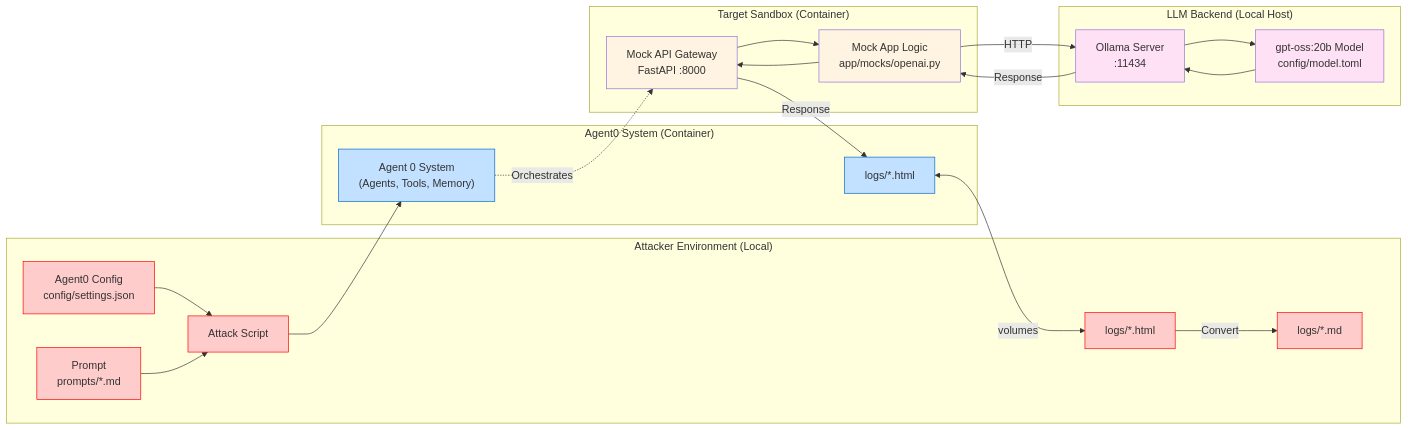
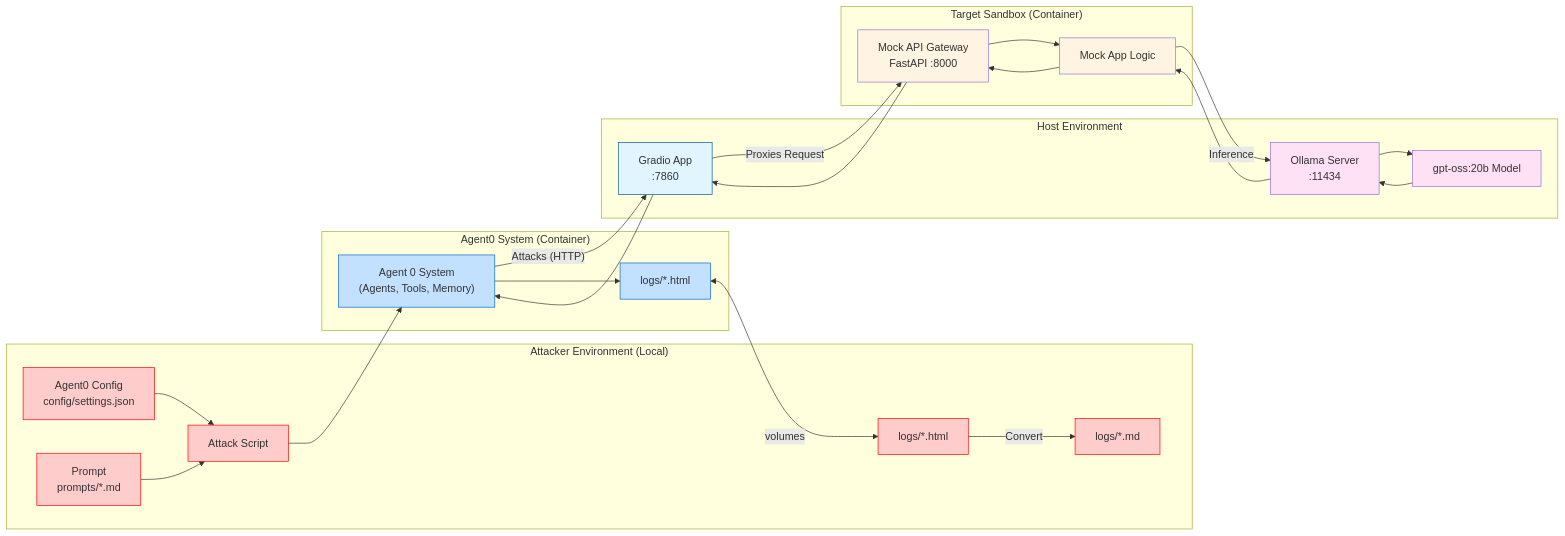
The diagram in initiatives/genai_red_team_handbook/exploitation/agent0/README.md (felipepenha/www-project-top-10-for-large-language-model-applications), drawn with Mermaid before and after one commit. The commit also changed other lines of this file and 8 other files, not shown here.

Commit message:
refactor: key obsfucation in logs, port 7860 (gradio), instead of 8000 (LLM).

````diff
--- a/initiatives/genai_red_team_handbook/exploitation/agent0/README.md
+++ b/initiatives/genai_red_team_handbook/exploitation/agent0/README.md
@@ -29,54 +29,61 @@
 ```mermaid
 graph LR
     subgraph "Attacker Environment (Local)"
         AttackScript[Attack Script]
         Config[Agent0 Config<br/>config/settings.json]
         Prompt[Prompt<br/>prompts/*.md]
         MD_Logs[logs/*.md]
         HTML_Logs[logs/*.html]
     end
 
     subgraph "Agent0 System (Container)"
         Agent0["Agent 0 System<br/>(Agents, Tools, Memory)"]
         HTML_Logs_Agent0[logs/*.html]
     end
 
+    subgraph "Host Environment"
+        Gradio[Gradio App<br/>:7860]
+        Ollama[Ollama Server<br/>:11434]
+        Model[gpt‑oss:20b Model]
+    end
+
     subgraph "Target Sandbox (Container)"
         MockAPI[Mock API Gateway<br/>FastAPI :8000]
-        MockLogic[Mock App Logic<br/>app/mocks/openai.py]
-    end
-
-    subgraph "LLM Backend (Local Host)"
-        Ollama[Ollama Server<br/>:11434]
-        Model[gpt‑oss:20b Model<br/>config/model.toml]
+        MockLogic[Mock App Logic]
     end
 
     %% Interaction flow
     Config --> AttackScript
     Prompt --> AttackScript
+    AttackScript --> Agent0
+    
+    %% Attack Flow
+    Agent0 -- "Attacks (HTTP)" --> Gradio
+    Gradio -- "Proxies Request" --> MockAPI
     MockAPI --> MockLogic
-    MockLogic -->|HTTP| Ollama
+    MockLogic -- "Inference" --> Ollama
     Ollama --> Model
     Model --> Ollama
-    Ollama -->|Response| MockLogic
+    Ollama --> MockLogic
     MockLogic --> MockAPI
-    MockAPI -->|Response| HTML_Logs_Agent0
+    MockAPI --> Gradio
+    Gradio --> Agent0
+
+    %% Logs
+    Agent0 --> HTML_Logs_Agent0
     HTML_Logs_Agent0 <-->|volumes| HTML_Logs
     HTML_Logs -->|Convert| MD_Logs
-
-    %% Agent0 internal flow (Simplified)
-    AttackScript --> Agent0
-    Agent0 -.->|Orchestrates| MockAPI
 
     style Agent0 fill:#c2e0ff,stroke:#0066cc
     style AttackScript fill:#ffcccc,stroke:#ff0000
     style Config fill:#ffcccc,stroke:#ff0000
     style Prompt fill:#ffcccc,stroke:#ff0000
     style MD_Logs fill:#ffcccc,stroke:#ff0000
     style HTML_Logs fill:#ffcccc,stroke:#ff0000
     style HTML_Logs_Agent0 fill:#c2e0ff,stroke:#0066cc
     style MockAPI fill:#fff4e1
     style MockLogic fill:#fff4e1
+    style Gradio fill:#e1f5fe,stroke:#01579b
     style Ollama fill:#ffe1f5
     style Model fill:#ffe1f5
 ```
````
